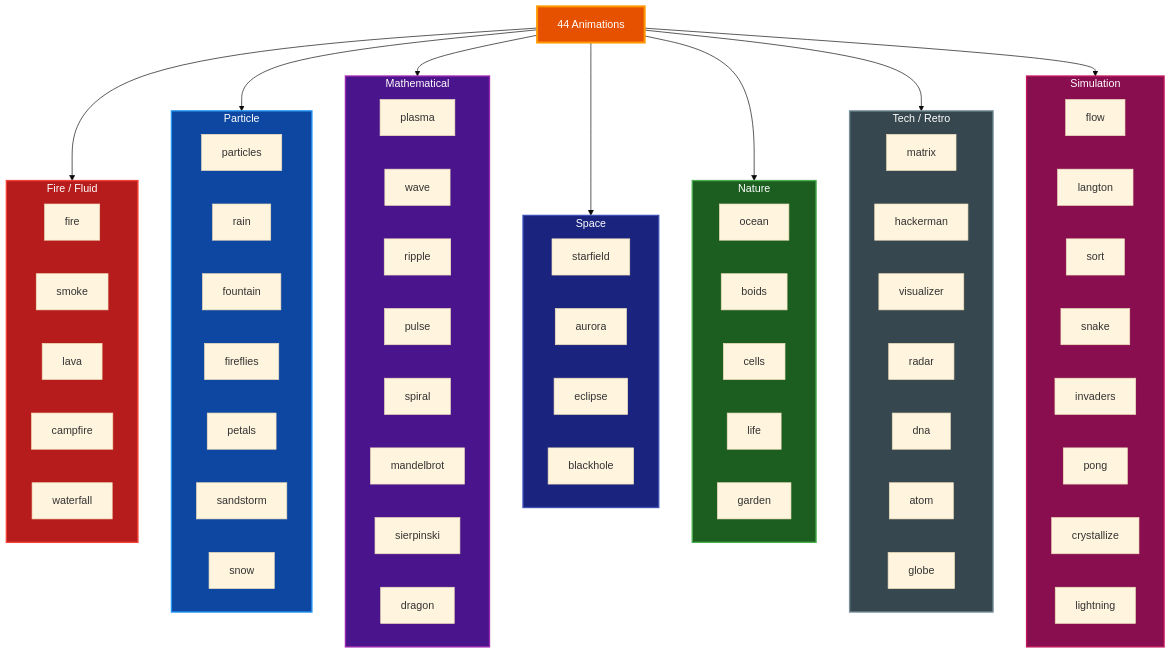
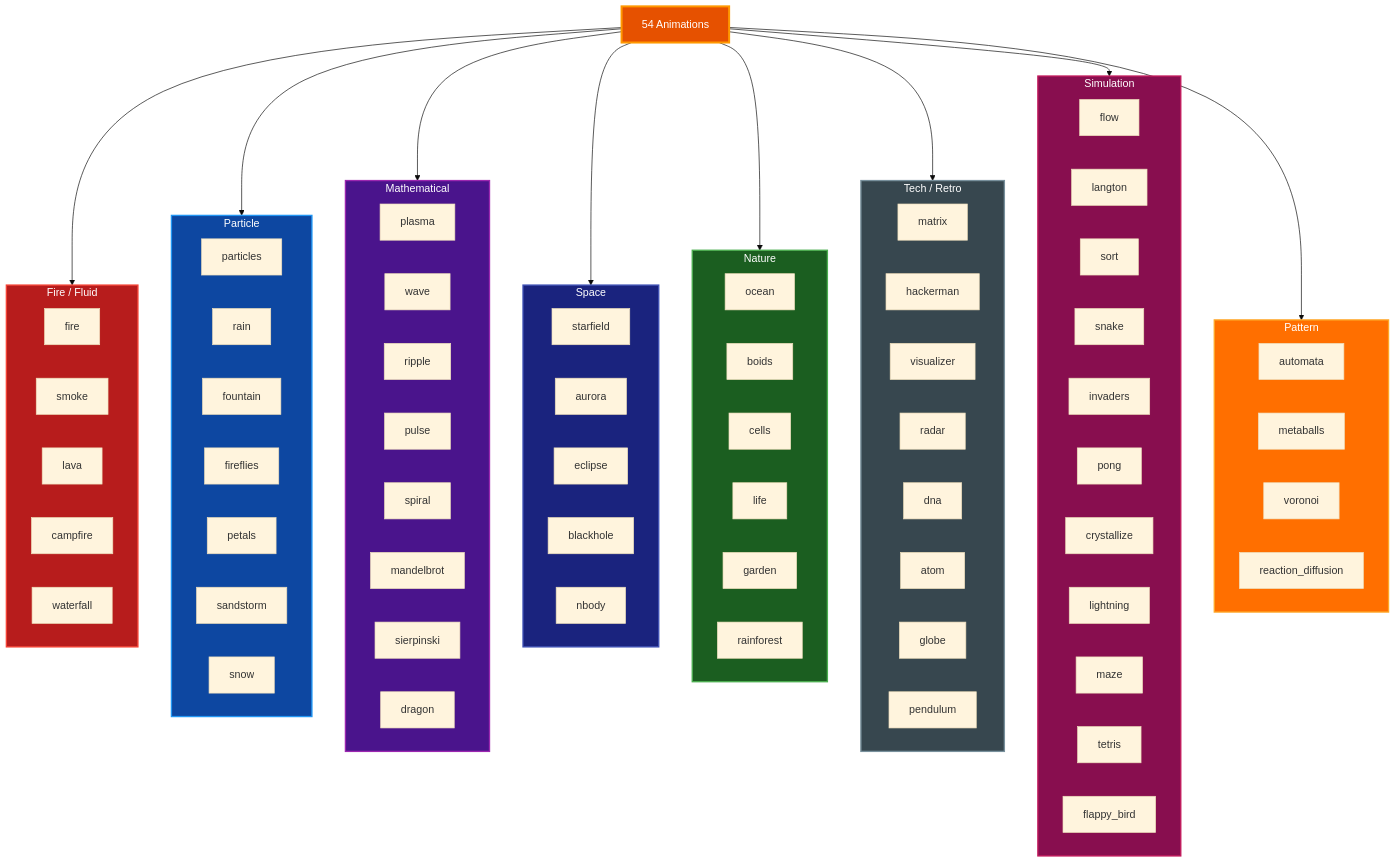
Before and after one commit to paulrobello/termflix: diagram 11 of 13 in docs/ARCHITECTURE.md, drawn with Mermaid (base theme). The commit also changed other lines of this file and 6 other files, not shown here.

````diff
--- a/docs/ARCHITECTURE.md
+++ b/docs/ARCHITECTURE.md
@@ -614,49 +696,55 @@
 ```mermaid
 graph TD
-    CAT["44 Animations"]
+    CAT["54 Animations"]
 
     subgraph FIRE["Fire / Fluid"]
         F1[fire] & F2[smoke] & F3[lava] & F4[campfire] & F5[waterfall]
     end
 
     subgraph PART["Particle"]
         P1[particles] & P2[rain] & P3[fountain] & P4[fireflies] & P5[petals] & P6[sandstorm] & P7[snow]
     end
 
     subgraph MATH["Mathematical"]
         M1[plasma] & M2[wave] & M3[ripple] & M4[pulse] & M5[spiral] & M6[mandelbrot] & M7[sierpinski] & M8[dragon]
     end
 
     subgraph SPACE["Space"]
-        S1[starfield] & S2[aurora] & S3[eclipse] & S4[blackhole]
+        S1[starfield] & S2[aurora] & S3[eclipse] & S4[blackhole] & S5[nbody]
     end
 
     subgraph NATURE["Nature"]
-        N1[ocean] & N2[boids] & N3[cells] & N4[life] & N5[garden]
+        N1[ocean] & N2[boids] & N3[cells] & N4[life] & N5[garden] & N6[rainforest]
     end
 
     subgraph TECH["Tech / Retro"]
-        T1[matrix] & T2[hackerman] & T3[visualizer] & T4[radar] & T5[dna] & T6[atom] & T7[globe]
+        T1[matrix] & T2[hackerman] & T3[visualizer] & T4[radar] & T5[dna] & T6[atom] & T7[globe] & T8[pendulum]
     end
 
     subgraph SIM["Simulation"]
-        SI1[flow] & SI2[langton] & SI3[sort] & SI4[snake] & SI5[invaders] & SI6[pong] & SI7[crystallize] & SI8[lightning]
+        SI1[flow] & SI2[langton] & SI3[sort] & SI4[snake] & SI5[invaders] & SI6[pong] & SI7[crystallize] & SI8[lightning] & SI9[maze] & SI10[tetris] & SI11[flappy_bird]
+    end
+
+    subgraph PATTERN["Pattern"]
+        PA1[automata] & PA2[metaballs] & PA3[voronoi] & PA4[reaction_diffusion]
     end
 
     CAT --> FIRE
     CAT --> PART
     CAT --> MATH
     CAT --> SPACE
     CAT --> NATURE
     CAT --> TECH
     CAT --> SIM
+    CAT --> PATTERN
 
     style CAT fill:#e65100,stroke:#ff9800,stroke-width:3px,color:#ffffff
     style FIRE fill:#b71c1c,stroke:#f44336,stroke-width:2px,color:#ffffff
     style PART fill:#0d47a1,stroke:#2196f3,stroke-width:2px,color:#ffffff
     style MATH fill:#4a148c,stroke:#9c27b0,stroke-width:2px,color:#ffffff
     style SPACE fill:#1a237e,stroke:#3f51b5,stroke-width:2px,color:#ffffff
     style NATURE fill:#1b5e20,stroke:#4caf50,stroke-width:2px,color:#ffffff
     style TECH fill:#37474f,stroke:#78909c,stroke-width:2px,color:#ffffff
     style SIM fill:#880e4f,stroke:#c2185b,stroke-width:2px,color:#ffffff
+    style PATTERN fill:#ff6f00,stroke:#ffa726,stroke-width:2px,color:#ffffff
 ```
````
